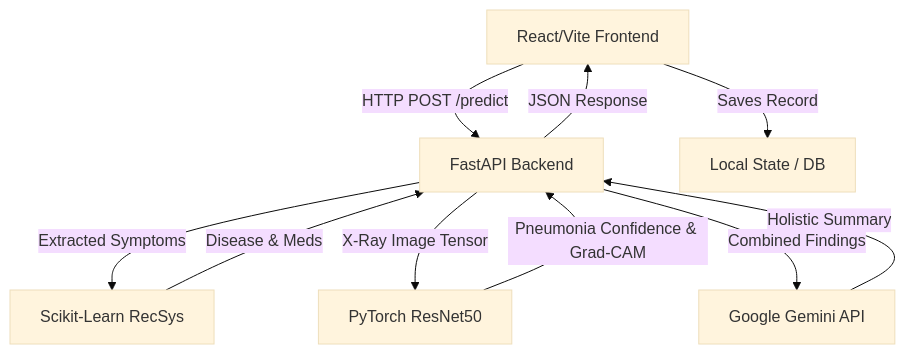
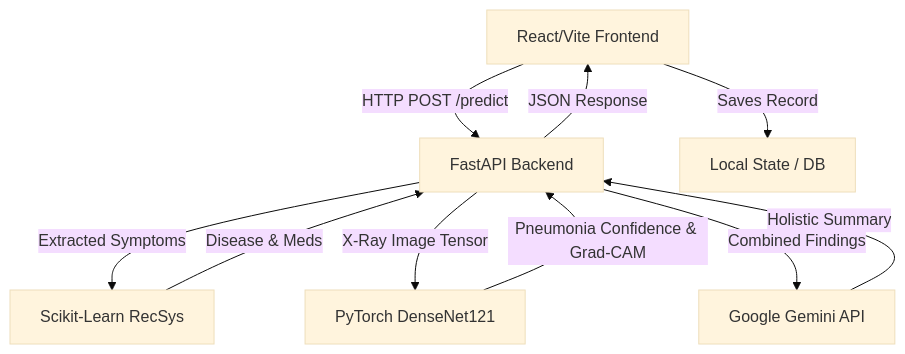
One commit to vikassaini77/healthcare-recommendation-system changed the first of 2 diagrams in README.md. Above: the diagram before and after it, drawn with Mermaid (base theme). The commit also changed other lines of this file and 15 other files, not shown here.

````diff
--- a/README.md
+++ b/README.md
@@ -94,19 +94,19 @@
 ```mermaid
 graph TD
     Client[React/Vite Frontend]
     API[FastAPI Backend]
     SymptomML[Scikit-Learn RecSys]
-    VisionML[PyTorch ResNet50]
+    VisionML[PyTorch DenseNet121]
     LLM[Google Gemini API]
     Data[Local State / DB]
 
     Client -- HTTP POST /predict --> API
     API -- Extracted Symptoms --> SymptomML
     API -- X-Ray Image Tensor --> VisionML
     SymptomML -- Disease & Meds --> API
     VisionML -- Pneumonia Confidence & Grad-CAM --> API
     API -- Combined Findings --> LLM
     LLM -- Holistic Summary --> API
     API -- JSON Response --> Client
     Client -- Saves Record --> Data
 ```
````
